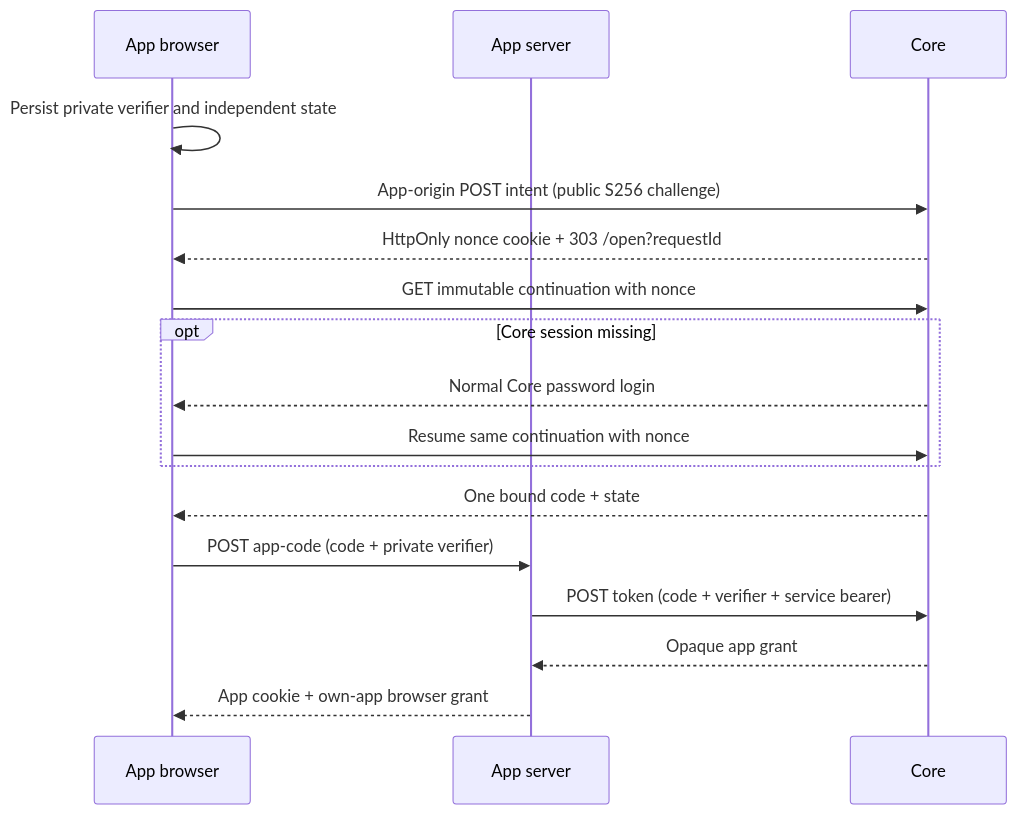
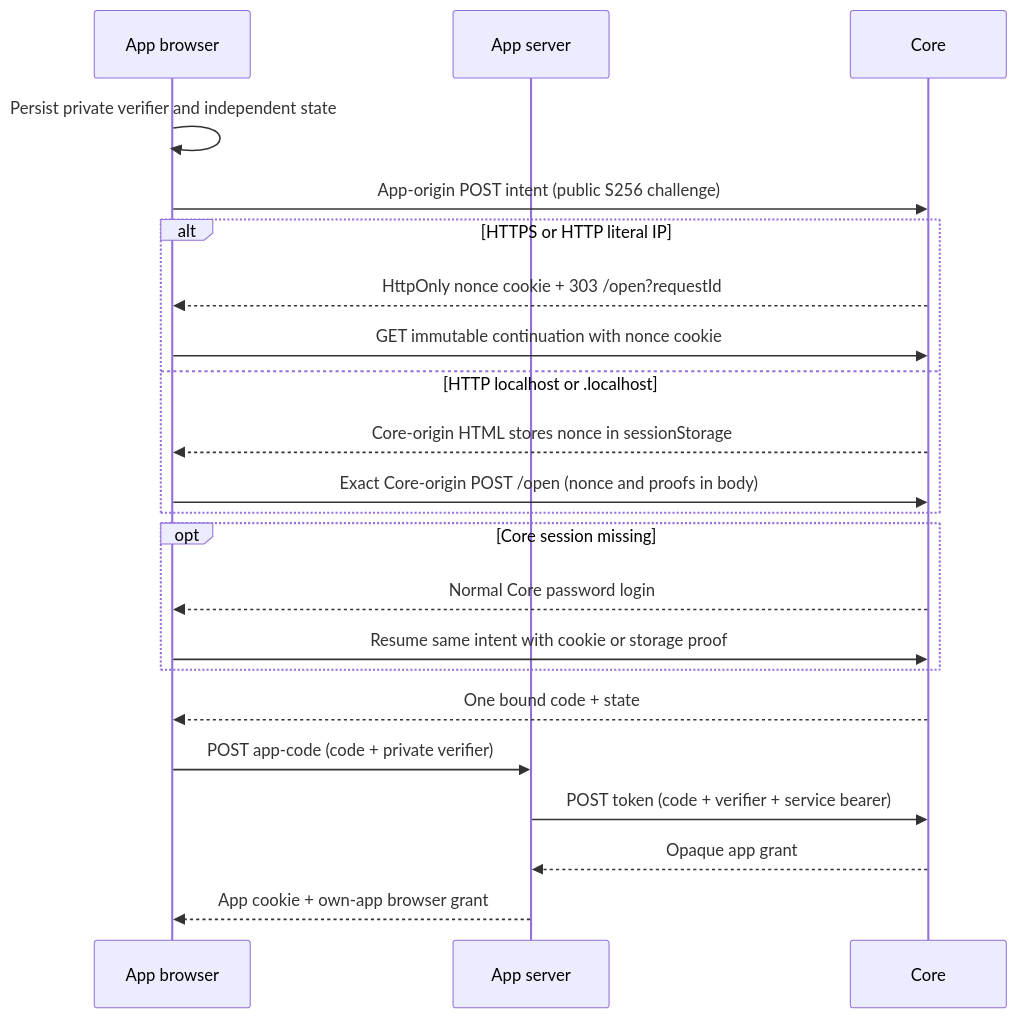
One commit to alex-de-haas/docker-host changed the diagram in docs/features/auth-session-lifecycle/feature.md. Above: the diagram before and after it, drawn with Mermaid. The commit also changed other lines of this file and 16 other files, not shown here.

First line of the commit message:
fix(core): restore HTTP sign-in on named localhost

````diff
--- a/docs/features/auth-session-lifecycle/feature.md
+++ b/docs/features/auth-session-lifecycle/feature.md
@@ -179,19 +185,24 @@
 ```mermaid
 sequenceDiagram
   participant B as App browser
   participant A as App server
   participant C as Core
   B->>B: Persist private verifier and independent state
   B->>C: App-origin POST intent (public S256 challenge)
-  C-->>B: HttpOnly nonce cookie + 303 /open?requestId
-  B->>C: GET immutable continuation with nonce
+  alt HTTPS or HTTP literal IP
+    C-->>B: HttpOnly nonce cookie + 303 /open?requestId
+    B->>C: GET immutable continuation with nonce cookie
+  else HTTP localhost or .localhost
+    C-->>B: Core-origin HTML stores nonce in sessionStorage
+    B->>C: Exact Core-origin POST /open (nonce and proofs in body)
+  end
   opt Core session missing
     C-->>B: Normal Core password login
-    B->>C: Resume same continuation with nonce
+    B->>C: Resume same intent with cookie or storage proof
   end
   C-->>B: One bound code + state
   B->>A: POST app-code (code + private verifier)
   A->>C: POST token (code + verifier + service bearer)
   C-->>A: Opaque app grant
   A-->>B: App cookie + own-app browser grant
 ```
````
